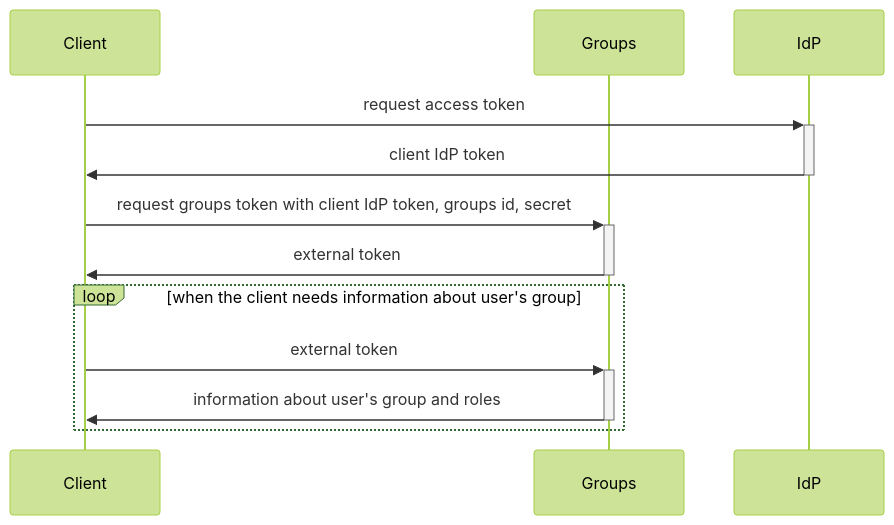
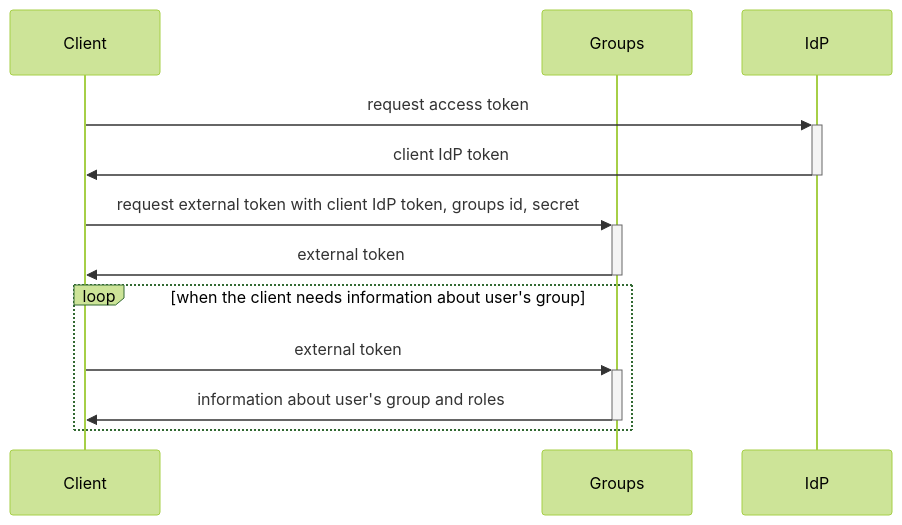
The second of 2 diagrams in README.md (gsainfoteam/groups-be), drawn with Mermaid (forest theme) before and after one commit. The commit also changed other lines of this file, not shown here.

````diff
--- a/README.md
+++ b/README.md
@@ -48,14 +47,14 @@
 ```mermaid
 sequenceDiagram
   participant Client
   participant Groups
   Participant IdP
   Client->>+IdP: request access token
   IdP->>-Client: client IdP token
-  Client->>+Groups: request groups token with client IdP token, groups id, secret
+  Client->>+Groups: request external token with client IdP token, groups id, secret
   Groups->>-Client: external token
   loop when the client needs information about user's group
     Client->>+Groups: external token
     Groups->>-Client: information about user's group and roles
   end
 ```
````
